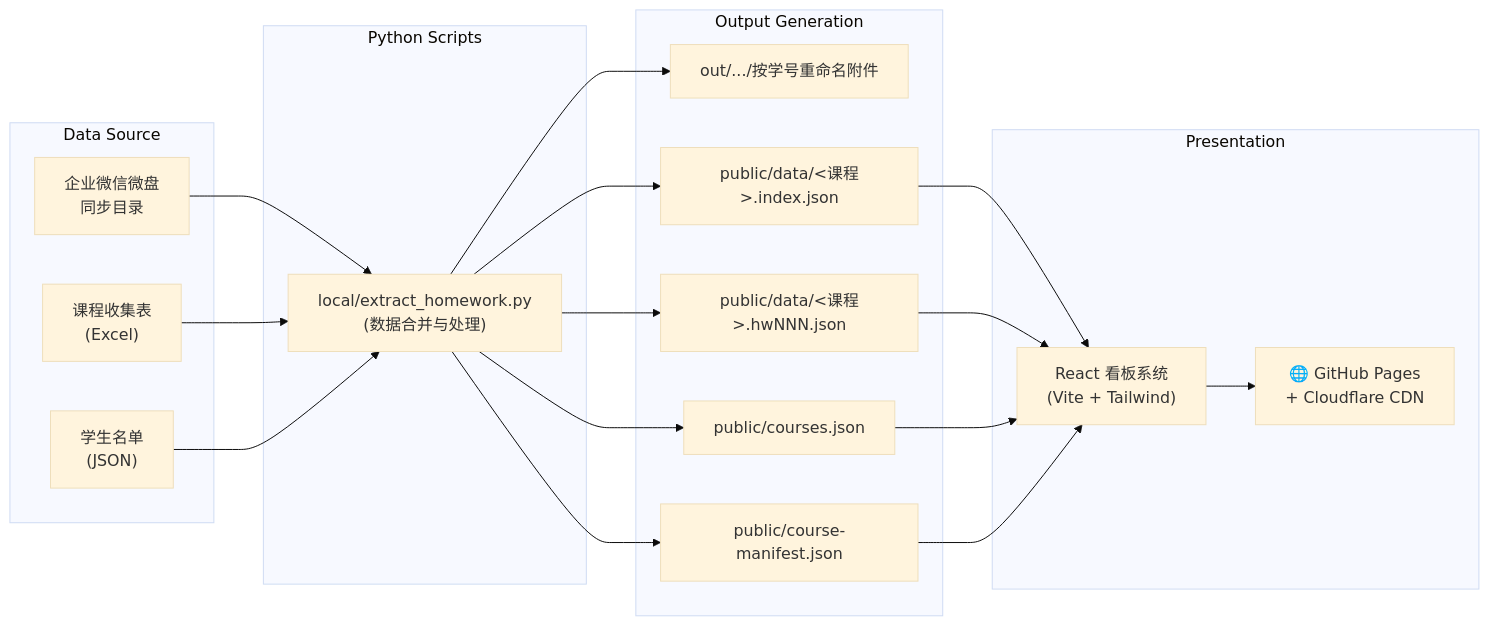
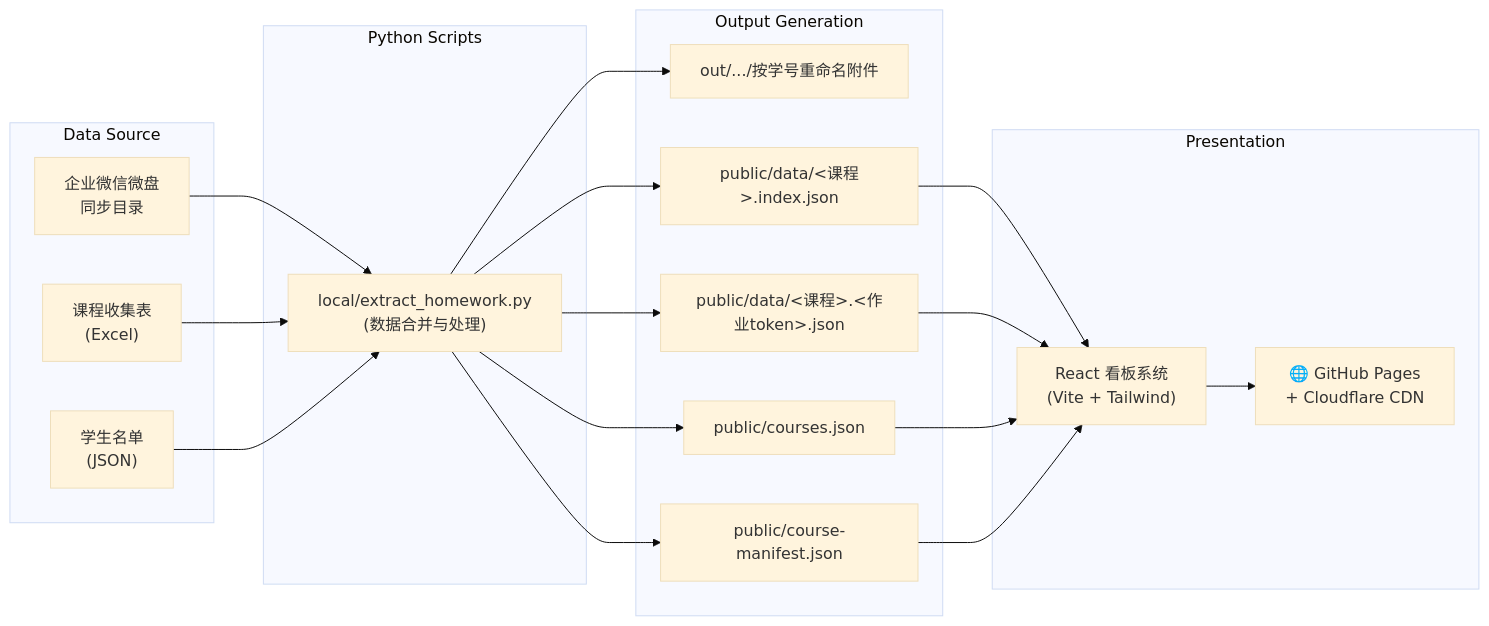
The diagram in README.md (hicancan/wecom-homework-auto-tracker), drawn with Mermaid (base theme) before and after one commit. The commit also changed other lines of this file and 5 other files, not shown here.

````diff
--- a/README.md
+++ b/README.md
@@ -47,33 +47,33 @@
 ```mermaid
 flowchart LR
     subgraph Data Source
         A["企业微信微盘\n同步目录"]
         C["课程收集表 \n(Excel)"]
         D["学生名单 \n(JSON)"]
     end
     
     subgraph Core Processing [Python Scripts]
         B["local/extract_homework.py\n(数据合并与处理)"]
     end
     
     subgraph Output Generation
         E["out/.../按学号重命名附件"]
         F["public/data/<课程>.index.json"]
-        G["public/data/<课程>.hwNNN.json"]
+        G["public/data/<课程>.<作业token>.json"]
         H["public/courses.json"]
         I["public/course-manifest.json"]
     end
     
     subgraph Presentation
         J["React 看板系统\n(Vite + Tailwind)"]
         K["🌐 GitHub Pages \n+ Cloudflare CDN"]
     end
 
     A --> B
     C --> B
     D --> B
     B --> E
     B --> F & G & H & I
     F & G & H & I --> J
     J --> K
 ```
````
